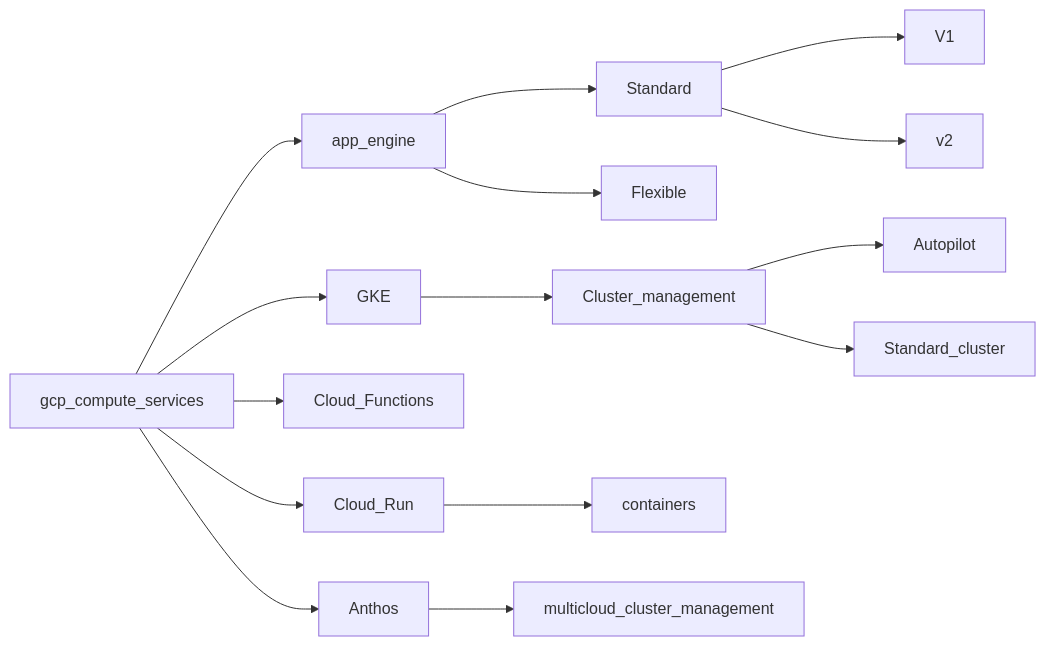
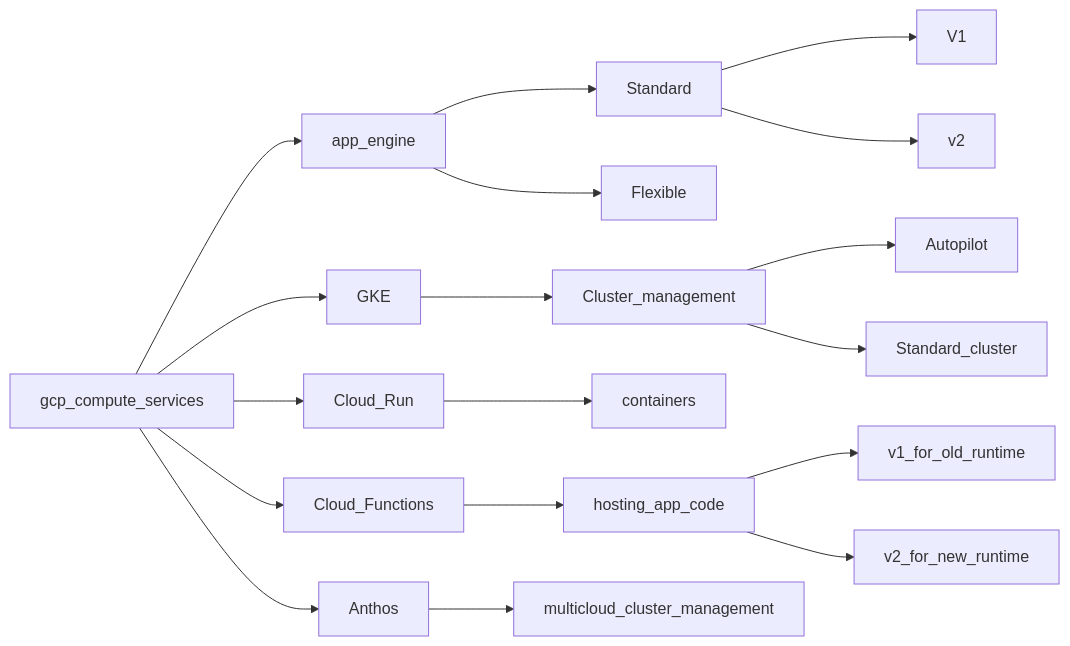
The second of 2 diagrams in gcp/004-compute-services.md (Dhruvaraju/Info-center), drawn with Mermaid before and after one commit.

````diff
--- a/gcp/004-compute-services.md
+++ b/gcp/004-compute-services.md
@@ -143,18 +143,20 @@
 ```mermaid
 flowchart LR
 	gcp_compute_services --> app_engine
 	gcp_compute_services --> GKE
 	gcp_compute_services --> Cloud_Functions
 	gcp_compute_services --> Cloud_Run
 	gcp_compute_services --> Anthos
 	app_engine --> Standard
 	app_engine --> Flexible
 	Standard --> V1
 	Standard --> v2
 	GKE --> Cluster_management
 	Cluster_management --> Autopilot
 	Cluster_management --> Standard_cluster
 	Cloud_Run --> containers
+	Cloud_Functions --> hosting_app_code --> v1_for_old_runtime
+	hosting_app_code --> v2_for_new_runtime
 	Anthos --> multicloud_cluster_management
 	
 ```
````
